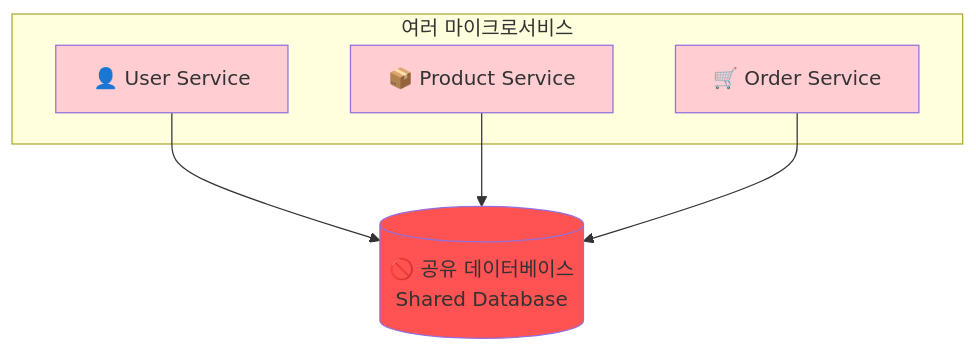
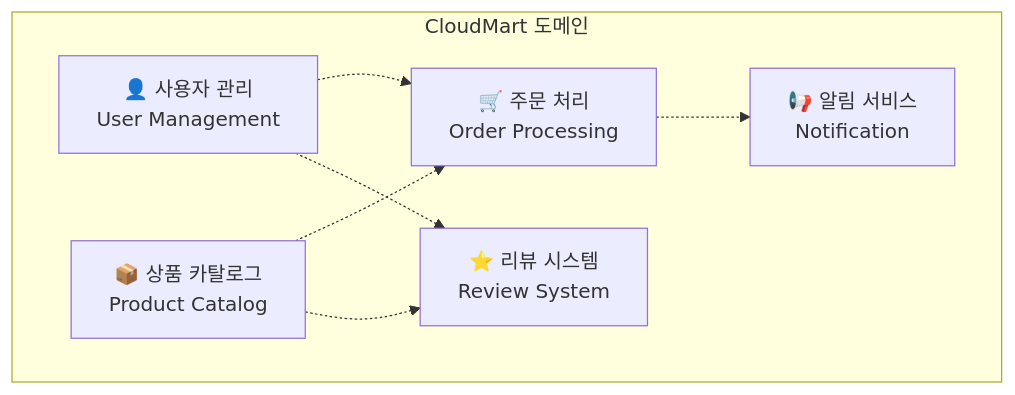
Before and after one commit to niceguy61/kdt_devops_lecture_2025: the fourth of 5 diagrams in theory/week_04/day1/session_2.md, drawn with Mermaid. The commit also changed other lines of this file and 5 other files, not shown here.

````diff
--- a/theory/week_04/day1/session_2.md
+++ b/theory/week_04/day1/session_2.md
@@ -494,19 +178,16 @@
 ```mermaid
 graph TB
-    subgraph "여러 마이크로서비스"
-        A[👤 User Service]
-        B[📦 Product Service]
-        C[🛒 Order Service]
+    subgraph "CloudMart 도메인"
+        A[👤 사용자 관리<br/>User Management]
+        B[📦 상품 카탈로그<br/>Product Catalog]
+        C[🛒 주문 처리<br/>Order Processing]
+        D[⭐ 리뷰 시스템<br/>Review System]
+        E[📢 알림 서비스<br/>Notification]
     end
     
-    D[(🚫 공유 데이터베이스<br/>Shared Database)]
-    
-    A --> D
-    B --> D
-    C --> D
-    
-    style A fill:#ffcdd2
-    style B fill:#ffcdd2
-    style C fill:#ffcdd2
-    style D fill:#ff5252
+    A -.-> C
+    B -.-> C
+    C -.-> E
+    B -.-> D
+    A -.-> D
 ```
````
